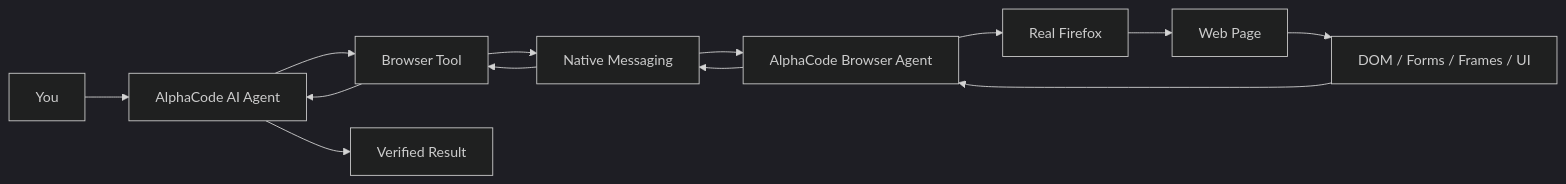
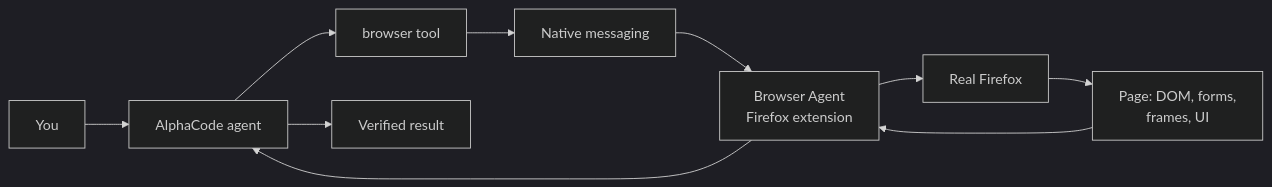
The second of 3 diagrams in README.md (anamorsyai/alphacode), drawn with Mermaid (dark theme) before and after one commit. The commit also changed other lines of this file, not shown here.

````diff
--- a/README.md
+++ b/README.md
@@ -168,15 +165,12 @@
 ```mermaid
 flowchart LR
-    U["You"] --> A["AlphaCode AI Agent"]
-    A --> B["Browser Tool"]
-    B --> C["Native Messaging"]
-    C --> D["AlphaCode Browser Agent"]
+    U["You"] --> A["AlphaCode agent"]
+    A --> B["browser tool"]
+    B --> C["Native messaging"]
+    C --> D["Browser Agent<br/>Firefox extension"]
     D --> F["Real Firefox"]
-    F --> G["Web Page"]
-    G --> H["DOM / Forms / Frames / UI"]
-    H --> D
-    D --> C
-    C --> B
-    B --> A
-    A --> R["Verified Result"]
+    F --> G["Page: DOM, forms,<br/>frames, UI"]
+    G --> D
+    D --> A
+    A --> R["Verified result"]
 ```
````
